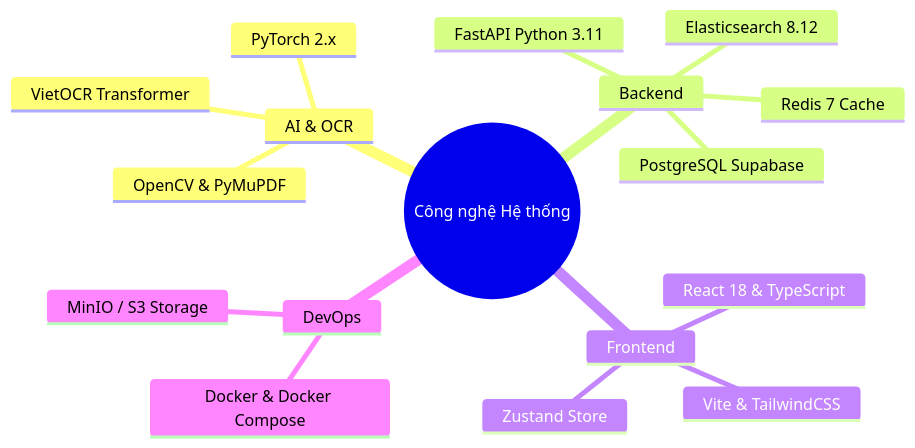
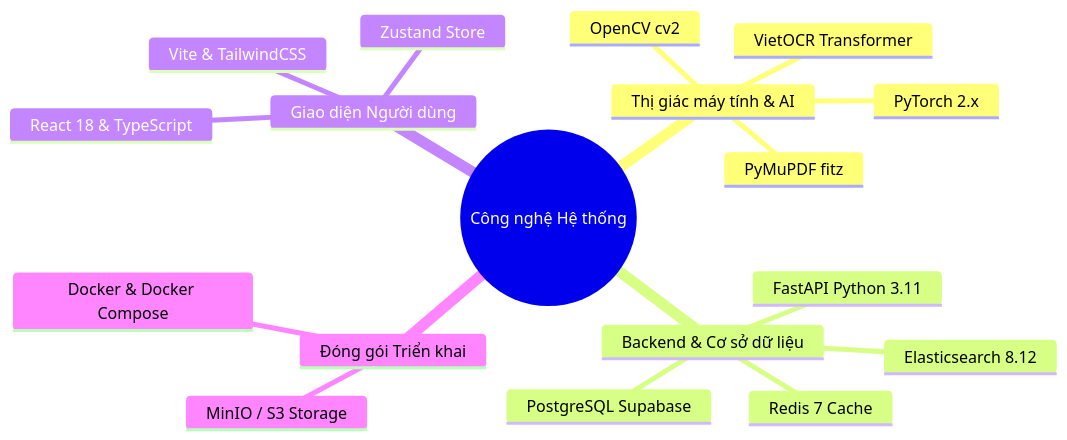
Before and after one commit to thanh063456/-ATN: the first of 4 diagrams in noidungpp.md, drawn with Mermaid. The commit also changed other lines of this file, not shown here.

````diff
--- a/noidungpp.md
+++ b/noidungpp.md
@@ -39,20 +48,21 @@
 ```mermaid
 mindmap
   root((Công nghệ Hệ thống))
-    AI & OCR
+    Thị giác máy tính & AI
       PyTorch 2.x
       VietOCR Transformer
-      OpenCV & PyMuPDF
-    Backend
+      OpenCV cv2
+      PyMuPDF fitz
+    Backend & Cơ sở dữ liệu
       FastAPI Python 3.11
       PostgreSQL Supabase
       Elasticsearch 8.12
       Redis 7 Cache
-    Frontend
+    Giao diện Người dùng
       React 18 & TypeScript
       Vite & TailwindCSS
       Zustand Store
-    DevOps
+    Đóng gói Triển khai
       Docker & Docker Compose
       MinIO / S3 Storage
 ```
````
